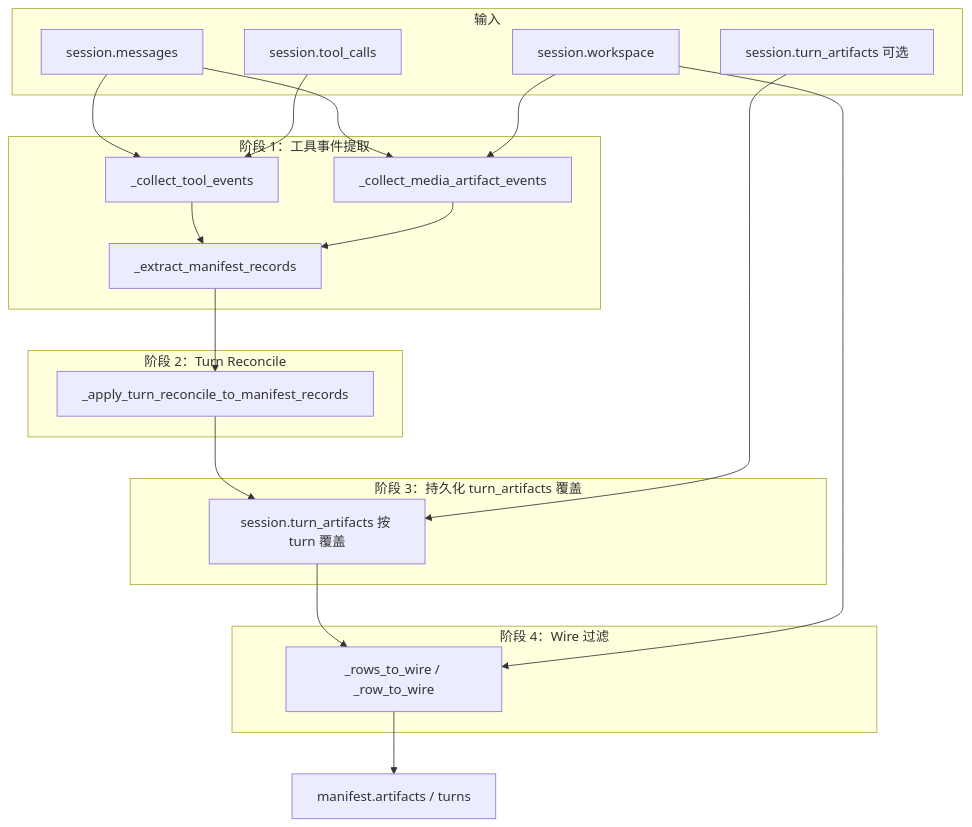
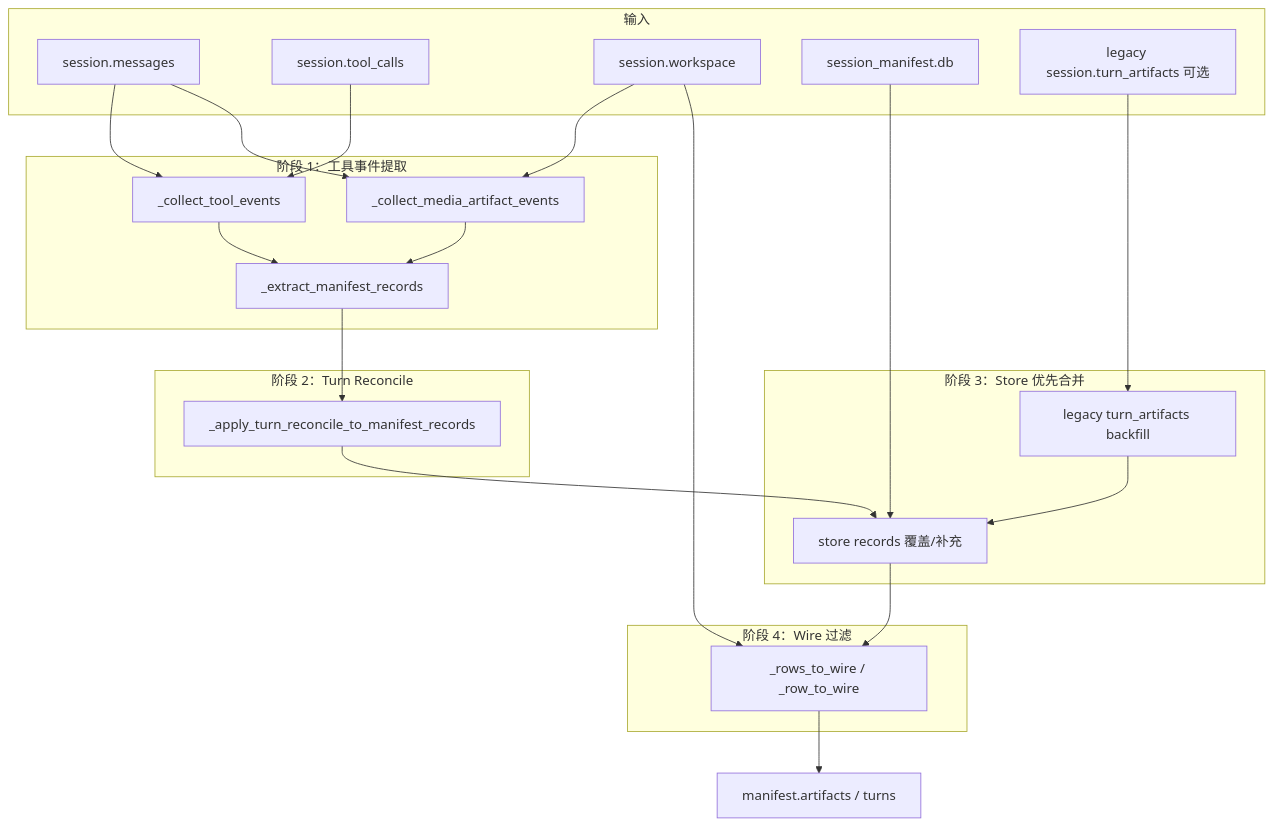
Before and after one commit to Jerryyyy0/hermes-webui: the diagram in docs/session-manifest-artifacts-entry.md, drawn with Mermaid. The commit also changed other lines of this file and 43 other files, not shown here.

````diff
--- a/docs/session-manifest-artifacts-entry.md
+++ b/docs/session-manifest-artifacts-entry.md
@@ -40,40 +40,44 @@
 ```mermaid
 flowchart TB
   subgraph input [输入]
     M[session.messages]
     TC[session.tool_calls]
     WS[session.workspace]
-    TA[session.turn_artifacts 可选]
+    Store[session_manifest.db]
+    TA[legacy session.turn_artifacts 可选]
   end
 
   subgraph phase1 [阶段 1：工具事件提取]
     E1[_collect_tool_events]
     E2[_collect_media_artifact_events]
     R1[_extract_manifest_records]
   end
 
   subgraph phase2 [阶段 2：Turn Reconcile]
     R2[_apply_turn_reconcile_to_manifest_records]
   end
 
-  subgraph phase3 [阶段 3：持久化 turn_artifacts 覆盖]
-    R3[session.turn_artifacts 按 turn 覆盖]
+  subgraph phase3 [阶段 3：Store 优先合并]
+    R3[store records 覆盖/补充]
+    B1[legacy turn_artifacts backfill]
   end
 
   subgraph phase4 [阶段 4：Wire 过滤]
     W[_rows_to_wire / _row_to_wire]
   end
 
   M --> E1
   TC --> E1
   M --> E2
   WS --> E2
   E1 --> R1
   E2 --> R1
   R1 --> R2
   R2 --> R3
-  TA --> R3
+  Store --> R3
+  TA --> B1
+  B1 --> R3
   R3 --> W
   WS --> W
   W --> OUT[manifest.artifacts / turns]
 ```
````
